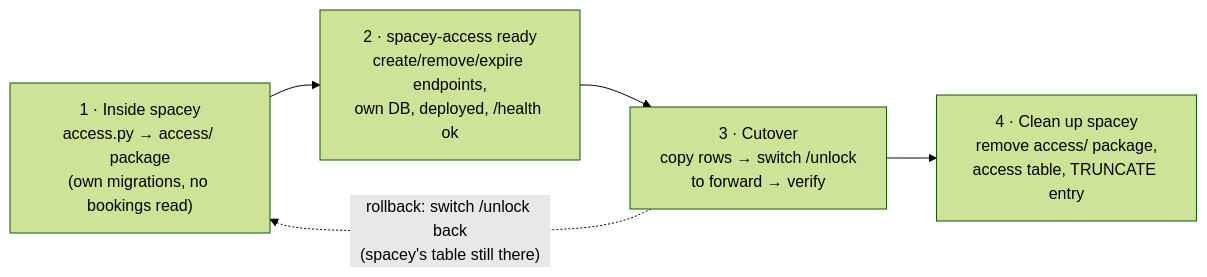
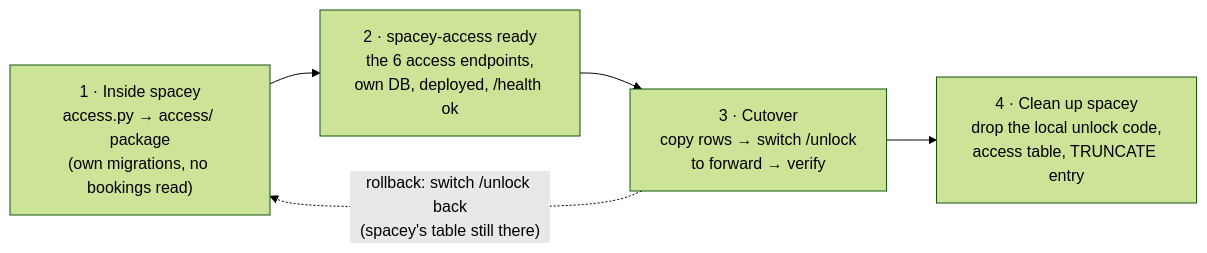
The diagram in docs/migrate-from-spacey.md (cs403bkk-2026/spacey-access), drawn with Mermaid (forest theme) before and after one commit. The commit also changed other lines of this file and 24 other files, not shown here.

````diff
--- a/docs/migrate-from-spacey.md
+++ b/docs/migrate-from-spacey.md
@@ -24,9 +28,9 @@
 ```mermaid
 flowchart LR
     S1["1 · Inside spacey<br/>access.py → access/ package<br/>(own migrations, no bookings read)"]
-    S2["2 · spacey-access ready<br/>create/remove/expire endpoints,<br/>own DB, deployed, /health ok"]
+    S2["2 · spacey-access ready<br/>the 6 access endpoints,<br/>own DB, deployed, /health ok"]
     S3["3 · Cutover<br/>copy rows → switch /unlock<br/>to forward → verify"]
-    S4["4 · Clean up spacey<br/>remove access/ package,<br/>access table, TRUNCATE entry"]
+    S4["4 · Clean up spacey<br/>drop the local unlock code,<br/>access table, TRUNCATE entry"]
     S1 --> S2 --> S3 --> S4
     S3 -. "rollback: switch /unlock back<br/>(spacey's table still there)" .-> S1
 ```
````
